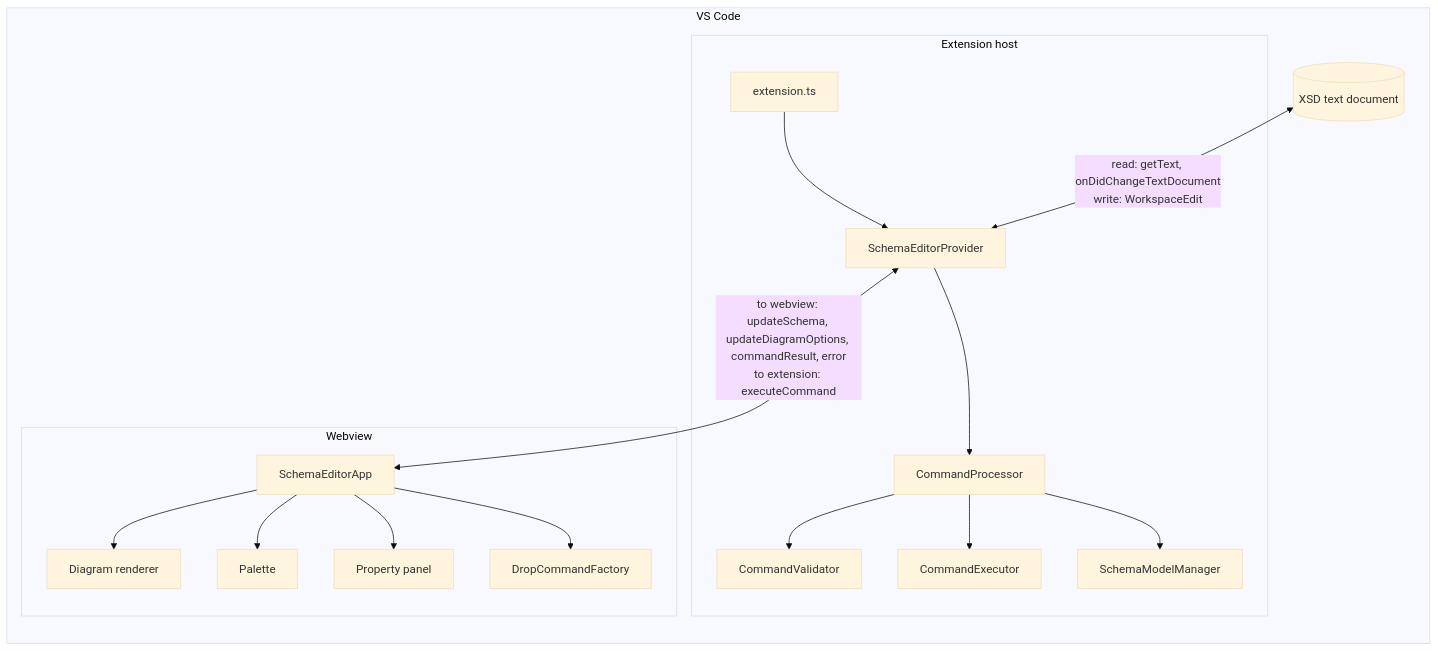
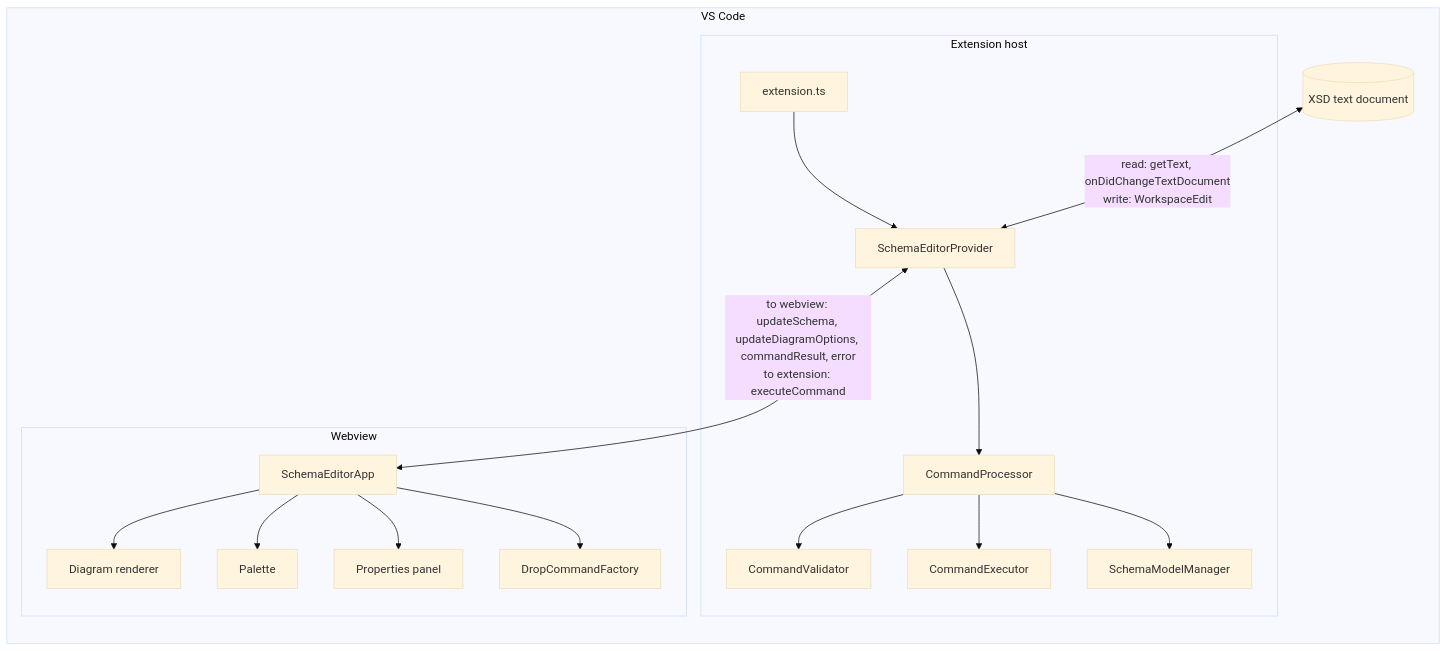
One commit to neumaennl/vscode-visual-xml-schema-editor changed the diagram in docs/architecture.md. Above: the diagram before and after it, drawn with Mermaid (base theme). The commit also changed other lines of this file and 34 other files, not shown here.

First line of the commit message:
Call the panel on the right "properties panel" (#402)

````diff
--- a/docs/architecture.md
+++ b/docs/architecture.md
@@ -60,21 +60,21 @@
 ```mermaid
 flowchart LR
   subgraph VS Code
     DOC[(XSD text document)]
     subgraph Extension host
       EXT[extension.ts] --> PROV[SchemaEditorProvider]
       PROV --> PROC[CommandProcessor]
       PROC --> VAL[CommandValidator]
       PROC --> EXE[CommandExecutor]
       PROC --> MM[SchemaModelManager]
     end
     subgraph Webview
       APP[SchemaEditorApp] --> DIA[Diagram renderer]
       APP --> PAL[Palette]
-      APP --> PP[Property panel]
+      APP --> PP[Properties panel]
       APP --> DROP[DropCommandFactory]
     end
   end
   DOC <-- "read: getText, onDidChangeTextDocument<br/>write: WorkspaceEdit" --> PROV
   PROV <-- "to webview: updateSchema, updateDiagramOptions, commandResult, error<br/>to extension: executeCommand" --> APP
 ```
````
